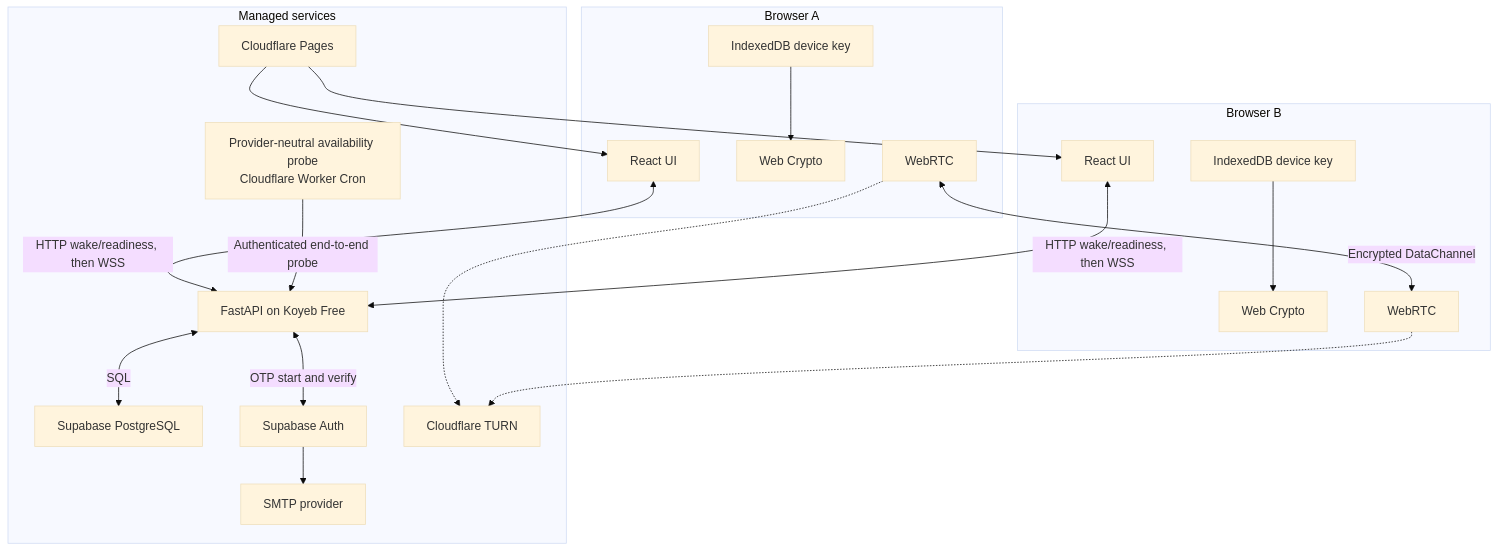
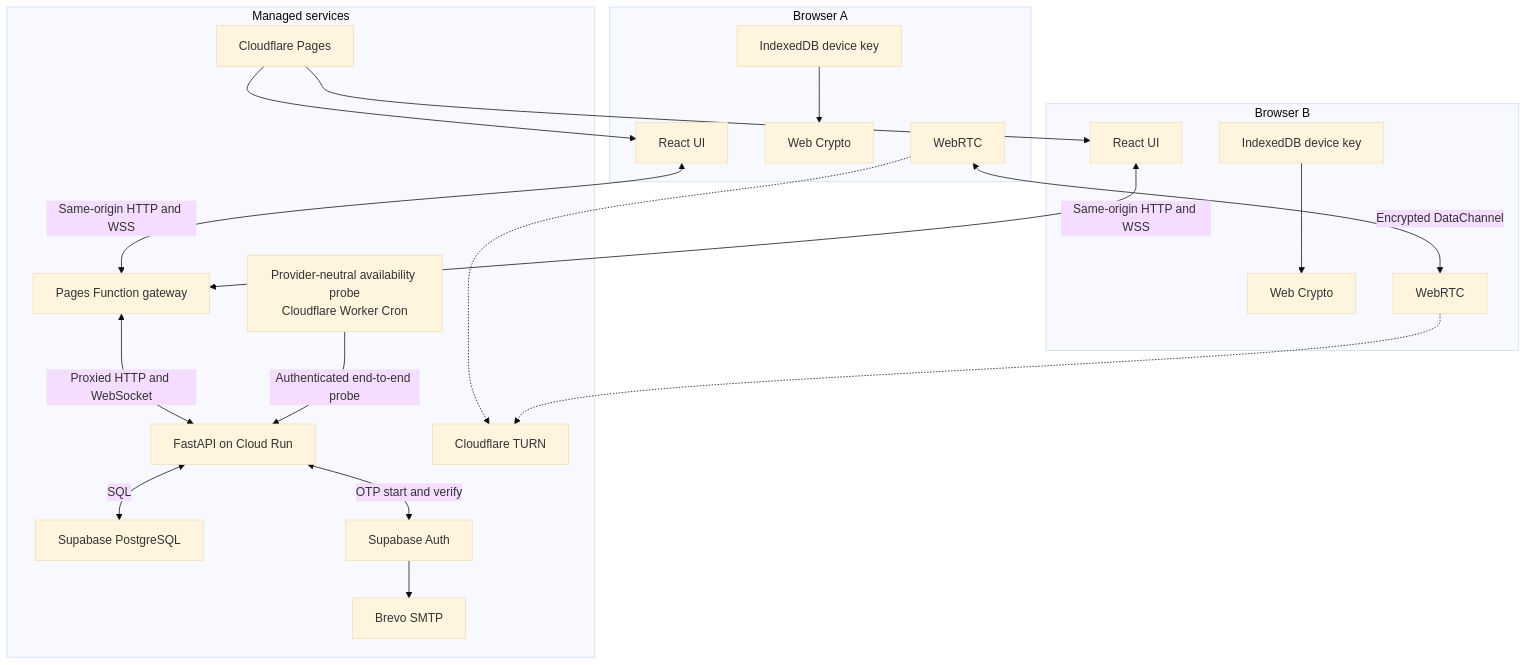
The first of 2 diagrams in docs/architecture.md (Vay134/SelfRelay), drawn with Mermaid (base theme) before and after one commit. The commit also changed other lines of this file and 9 other files, not shown here.

Commit message:
docs(deployment): switch to Cloud Run and Brevo

````diff
--- a/docs/architecture.md
+++ b/docs/architecture.md
@@ -7,40 +7,42 @@
 ```mermaid
 flowchart TB
     subgraph Browser A
         UIA[React UI]
         KA[IndexedDB device key]
         CA[Web Crypto]
         WA[WebRTC]
     end
 
     subgraph Browser B
         UIB[React UI]
         KB[IndexedDB device key]
         CB[Web Crypto]
         WB[WebRTC]
     end
 
     subgraph Managed services
         CF[Cloudflare Pages]
-        API[FastAPI on Koyeb Free]
+        GW[Pages Function gateway]
+        API[FastAPI on Cloud Run]
         PG[Supabase PostgreSQL]
         AUTH[Supabase Auth]
         TURN[Cloudflare TURN]
-        SMTP[SMTP provider]
+        SMTP[Brevo SMTP]
         OP[Provider-neutral availability probe<br/>Cloudflare Worker Cron]
     end
 
     CF --> UIA
     CF --> UIB
-    UIA <-->|HTTP wake/readiness, then WSS| API
-    UIB <-->|HTTP wake/readiness, then WSS| API
+    UIA <-->|Same-origin HTTP and WSS| GW
+    UIB <-->|Same-origin HTTP and WSS| GW
+    GW <-->|Proxied HTTP and WebSocket| API
     OP -->|Authenticated end-to-end probe| API
     API <-->|SQL| PG
     API <-->|OTP start and verify| AUTH
     AUTH --> SMTP
     WA <-->|Encrypted DataChannel| WB
     WA -.-> TURN
     WB -.-> TURN
     KA --> CA
     KB --> CB
 ```
````
